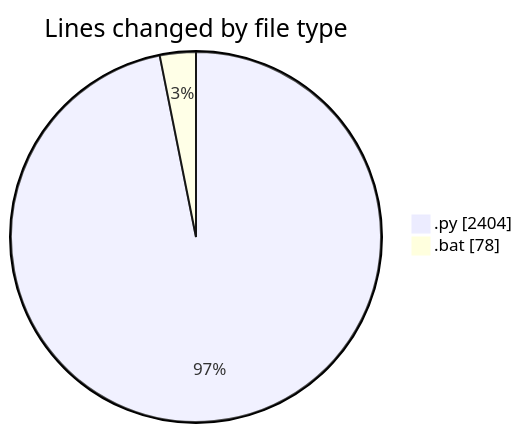
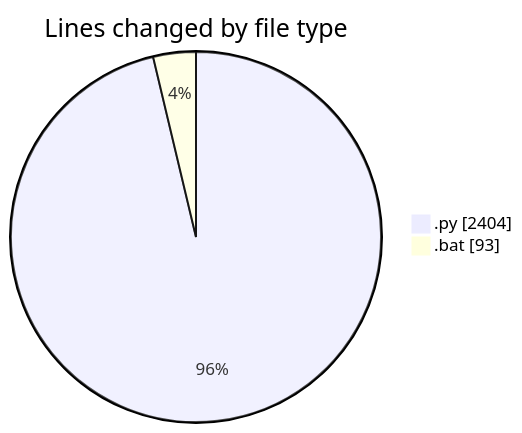
One commit to FelipKnott/code-tracking changed the first of 2 diagrams in 2025-07-03/cursor/README.md. Above: the diagram before and after it, drawn with Mermaid. The commit also changed other lines of this file and 1 other file, not shown here.

````diff
--- a/2025-07-03/cursor/README.md
+++ b/2025-07-03/cursor/README.md
@@ -34,6 +35,6 @@
 ```mermaid
 pie showData
 title Lines changed by file type
 ".py" : 2404
-".bat" : 78
+".bat" : 93
 ```
````
